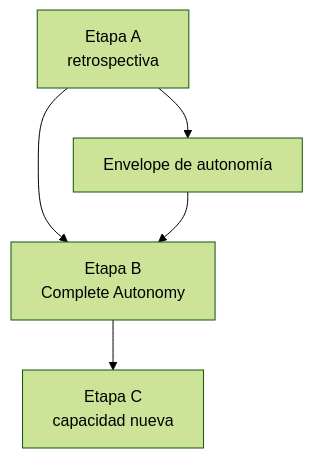
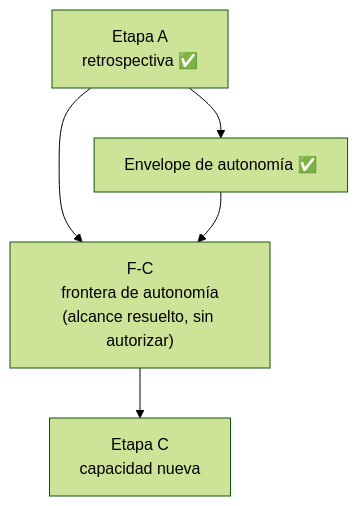
One commit to roldriel/ARgentOS changed the diagram in ROADMAP.md. Above: the diagram before and after it, drawn with Mermaid (forest theme). The commit also changed other lines of this file and 5 other files, not shown here.

````diff
--- a/ROADMAP.md
+++ b/ROADMAP.md
@@ -80,7 +80,7 @@
 ```mermaid
 flowchart TD
-    A["Etapa A<br/>retrospectiva"] --> E["Envelope de autonomía"]
-    A --> B["Etapa B<br/>Complete Autonomy"]
-    E --> B
-    B --> C["Etapa C<br/>capacidad nueva"]
+    A["Etapa A<br/>retrospectiva ✅"] --> E["Envelope de autonomía ✅"]
+    A --> F["F-C<br/>frontera de autonomía<br/>(alcance resuelto, sin autorizar)"]
+    E --> F
+    F --> C["Etapa C<br/>capacidad nueva"]
 ```
````
